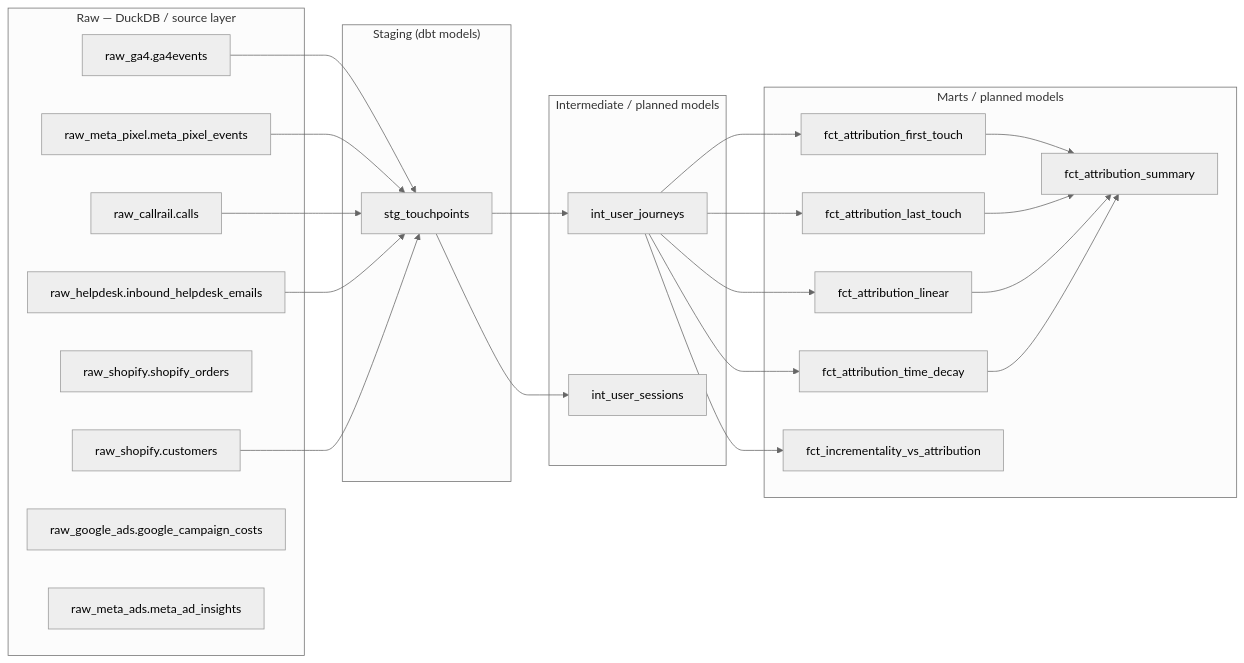
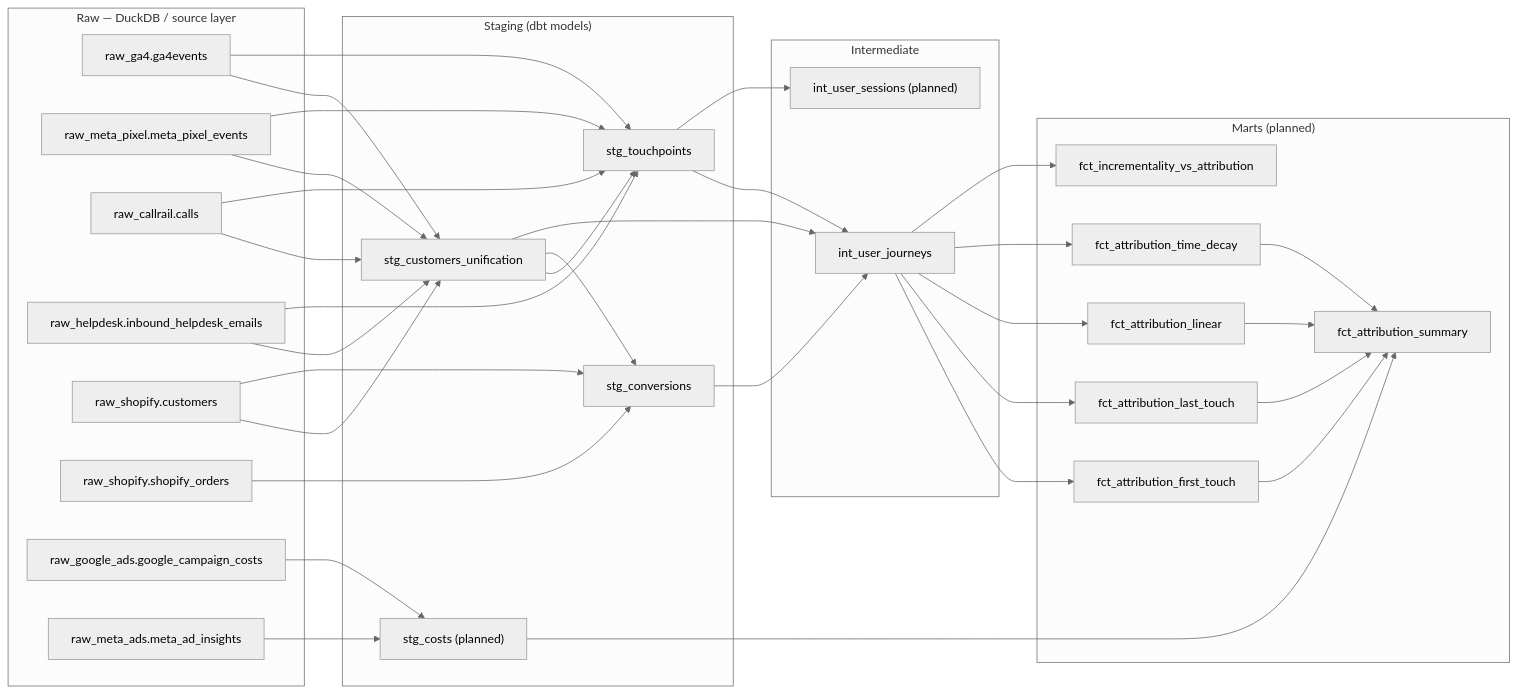
The second of 2 diagrams in docs/schema-erd.md (numesh4/multi-touch-attribution-dbt), drawn with Mermaid (neutral theme) before and after one commit. The commit also changed other lines of this file and 2 other files, not shown here.

Commit message:
docs: sync methodology, ERD, and README with current source schema and model state

````diff
--- a/docs/schema-erd.md
+++ b/docs/schema-erd.md
@@ -51,53 +79,76 @@
 ```mermaid
 flowchart LR
   subgraph Raw["Raw — DuckDB / source layer"]
     raw_ga4[raw_ga4.ga4events]
-    raw_meta[raw_meta_pixel.meta_pixel_events]
+    raw_meta_pixel[raw_meta_pixel.meta_pixel_events]
     raw_callrail[raw_callrail.calls]
     raw_helpdesk[raw_helpdesk.inbound_helpdesk_emails]
+    raw_shopify_customers[raw_shopify.customers]
     raw_shopify_orders[raw_shopify.shopify_orders]
-    raw_shopify_customers[raw_shopify.customers]
     raw_google[raw_google_ads.google_campaign_costs]
     raw_meta_ads[raw_meta_ads.meta_ad_insights]
   end
 
   subgraph Staging["Staging (dbt models)"]
+    stg_customers[stg_customers_unification]
     stg_touchpoints[stg_touchpoints]
+    stg_conversions[stg_conversions]
+    stg_costs["stg_costs (planned)"]
   end
 
-  subgraph Intermediate["Intermediate / planned models"]
+  subgraph Intermediate["Intermediate"]
     int_journeys[int_user_journeys]
-    int_sessions[int_user_sessions]
+    int_sessions["int_user_sessions (planned)"]
   end
 
-  subgraph Marts["Marts / planned models"]
+  subgraph Marts["Marts (planned)"]
     fct_first[fct_attribution_first_touch]
     fct_last[fct_attribution_last_touch]
     fct_linear[fct_attribution_linear]
     fct_time_decay[fct_attribution_time_decay]
     fct_summary[fct_attribution_summary]
     fct_incrementality[fct_incrementality_vs_attribution]
   end
 
-  %% Raw source tables -> canonical staging
+  %% Raw source tables -> stg_customers_unification (identity resolution)
+  raw_shopify_customers --> stg_customers
+  raw_ga4 --> stg_customers
+  raw_meta_pixel --> stg_customers
+  raw_callrail --> stg_customers
+  raw_helpdesk --> stg_customers
+
+  %% Raw touchpoint tables + identity resolution -> stg_touchpoints
   raw_ga4 --> stg_touchpoints
-  raw_meta --> stg_touchpoints
+  raw_meta_pixel --> stg_touchpoints
   raw_callrail --> stg_touchpoints
   raw_helpdesk --> stg_touchpoints
-  raw_shopify_customers --> stg_touchpoints
+  stg_customers --> stg_touchpoints
 
-  %% Canonical staging -> intermediate -> marts
+  %% Raw order/customer tables + identity resolution -> stg_conversions
+  raw_shopify_orders --> stg_conversions
+  raw_shopify_customers --> stg_conversions
+  stg_customers --> stg_conversions
+
+  %% Raw cost tables -> stg_costs (planned)
+  raw_google --> stg_costs
+  raw_meta_ads --> stg_costs
+
+  %% Staging -> intermediate
   stg_touchpoints --> int_journeys
+  stg_conversions --> int_journeys
+  stg_customers --> int_journeys
   stg_touchpoints --> int_sessions
 
+  %% Intermediate + costs -> marts
   int_journeys --> fct_first
   int_journeys --> fct_last
   int_journeys --> fct_linear
   int_journeys --> fct_time_decay
   int_journeys --> fct_incrementality
+  stg_costs --> fct_summary
 
   fct_first --> fct_summary
   fct_last --> fct_summary
   fct_linear --> fct_summary
   fct_time_decay --> fct_summary
 ```
````
